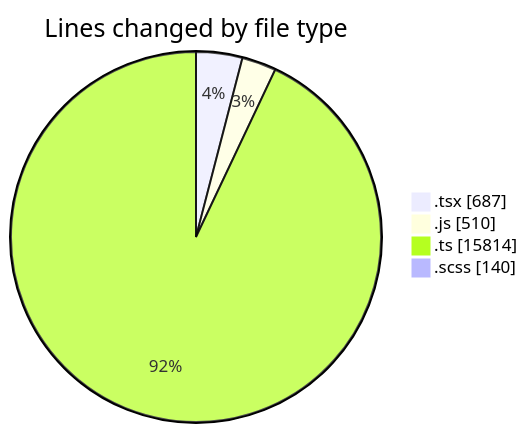
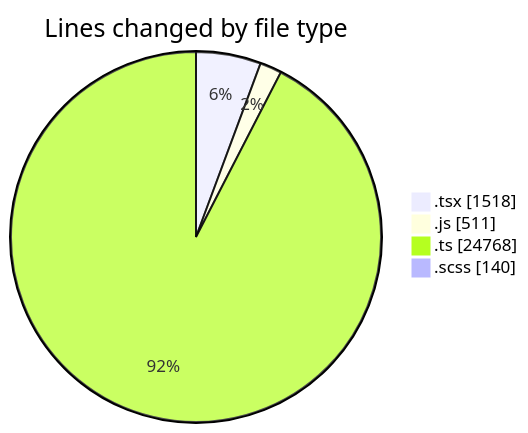
Before and after one commit to momahboobian/code-tracking: the first of 2 diagrams in 2025-06-30/cda/README.md, drawn with Mermaid. The commit also changed other lines of this file and 1 other file, not shown here.

````diff
--- a/2025-06-30/cda/README.md
+++ b/2025-06-30/cda/README.md
@@ -31,8 +35,8 @@
 ```mermaid
 pie showData
 title Lines changed by file type
-".tsx" : 687
-".js" : 510
-".ts" : 15814
+".tsx" : 1518
+".js" : 511
+".ts" : 24768
 ".scss" : 140
 ```
````
